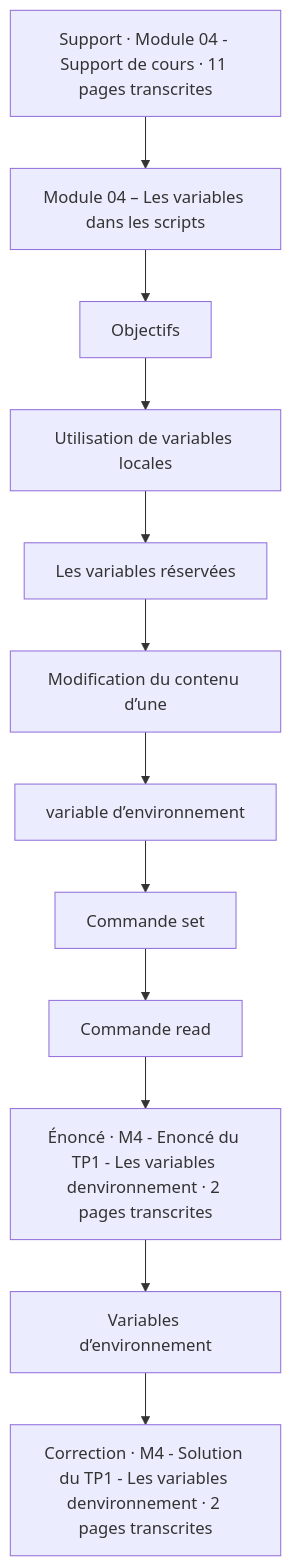
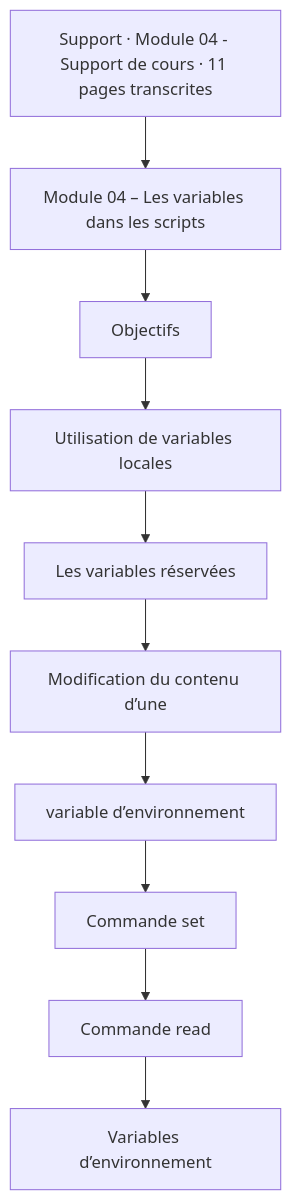
The first of 4 diagrams in docs/modules/11-initiation-scripting-bash/module-04-les-variables-dans-les-scripts.md (sk34pk25/tssr-cours), drawn with Mermaid before and after one commit. The commit also changed other lines of this file and 108 other files, not shown here.

First line of the commit message:
Retirer les transcriptions de TP des pages de cours.

````diff
--- a/docs/modules/11-initiation-scripting-bash/module-04-les-variables-dans-les-scripts.md
+++ b/docs/modules/11-initiation-scripting-bash/module-04-les-variables-dans-les-scripts.md
@@ -23,26 +23,22 @@
 ```mermaid
 flowchart TD
     N1["Support · Module 04 - Support de cours · 11 pages transcrites"]
     N2["Module 04 – Les variables dans les scripts"]
     N3["Objectifs"]
     N4["Utilisation de variables locales"]
     N5["Les variables réservées"]
     N6["Modification du contenu d’une"]
     N7["variable d’environnement"]
     N8["Commande set"]
     N9["Commande read"]
-    N10["Énoncé · M4 - Enoncé du TP1 - Les variables denvironnement · 2 pages transcrites"]
     N11["Variables d’environnement"]
-    N12["Correction · M4 - Solution du TP1 - Les variables denvironnement · 2 pages transcrites"]
     N1 --> N2
     N2 --> N3
     N3 --> N4
     N4 --> N5
     N5 --> N6
     N6 --> N7
     N7 --> N8
     N8 --> N9
-    N9 --> N10
-    N10 --> N11
-    N11 --> N12
+    N9 --> N11
 ```
````
